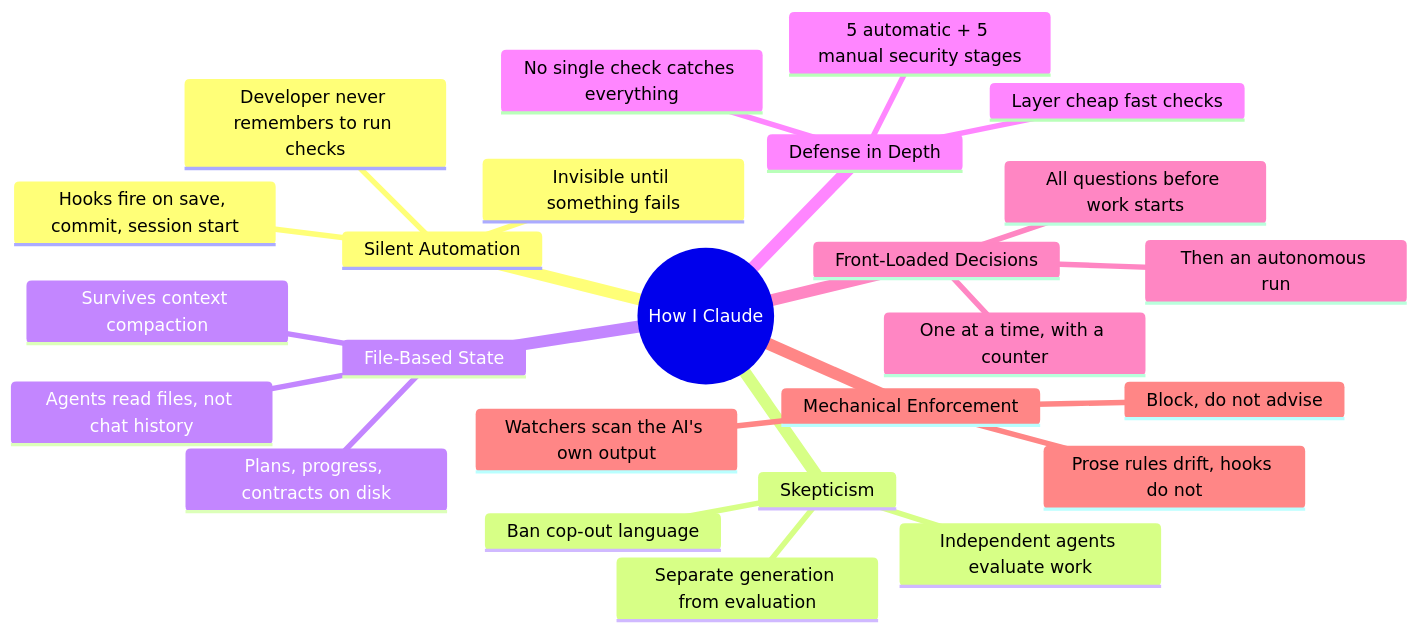
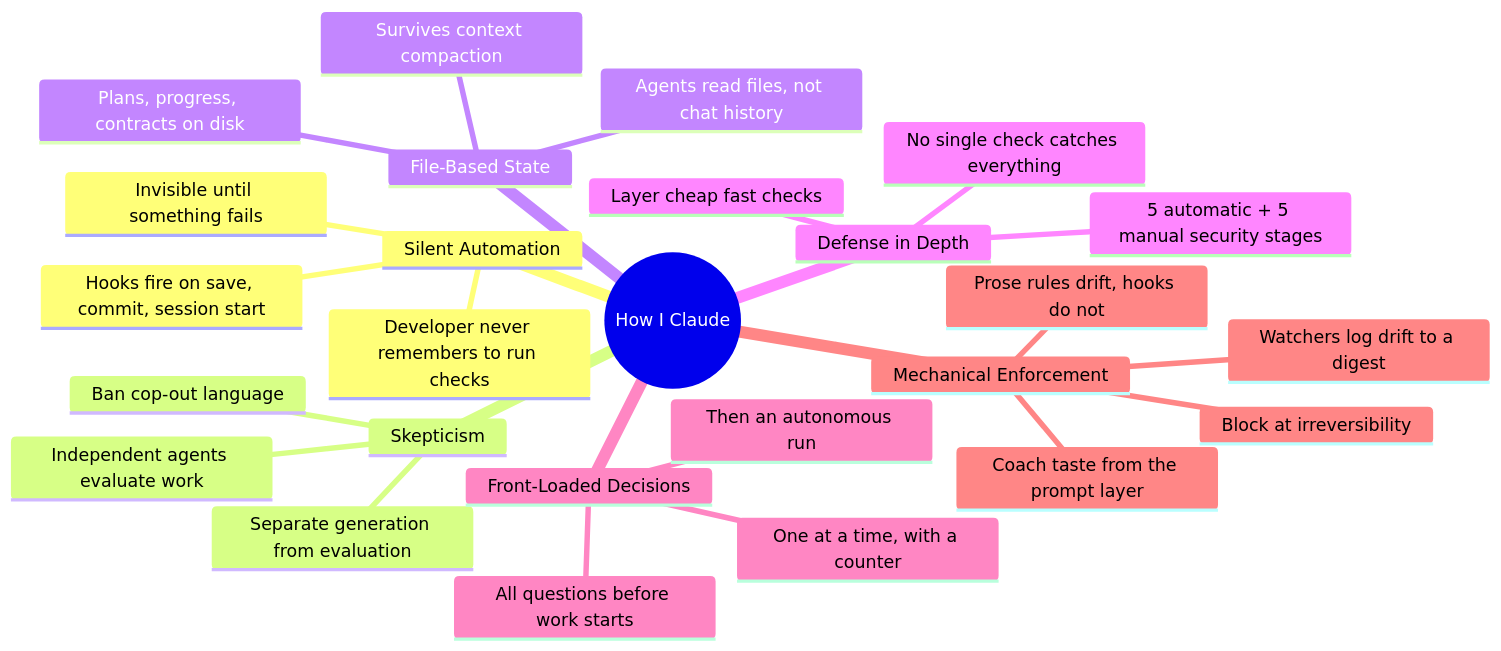
The first of 14 diagrams in README.md (acighi/how-i-claude), drawn with Mermaid before and after one commit. The commit also changed other lines of this file, not shown here.

````diff
--- a/README.md
+++ b/README.md
@@ -100,28 +105,29 @@
 ```mermaid
 mindmap
   root((How I Claude))
     Silent Automation
       Hooks fire on save, commit, session start
       Developer never remembers to run checks
       Invisible until something fails
     Skepticism
       Separate generation from evaluation
       Ban cop-out language
       Independent agents evaluate work
     File-Based State
       Plans, progress, contracts on disk
       Survives context compaction
       Agents read files, not chat history
     Defense in Depth
       5 automatic + 5 manual security stages
       No single check catches everything
       Layer cheap fast checks
     Front-Loaded Decisions
       All questions before work starts
       One at a time, with a counter
       Then an autonomous run
     Mechanical Enforcement
       Prose rules drift, hooks do not
-      Watchers scan the AI's own output
-      Block, do not advise
+      Block at irreversibility
+      Coach taste from the prompt layer
+      Watchers log drift to a digest
 ```
````
